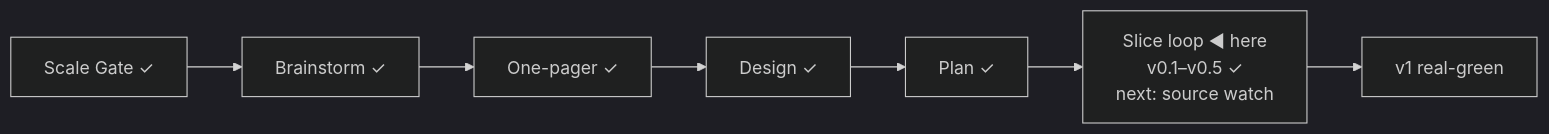
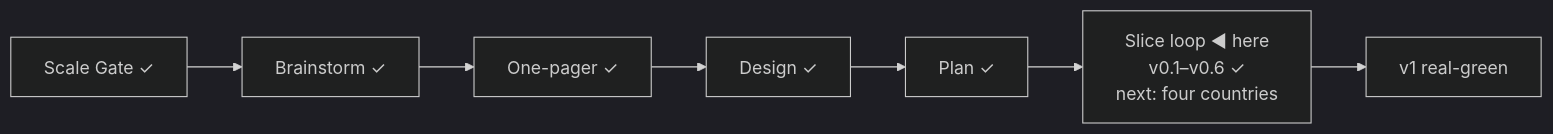
One commit to OytunOnal/permit-rulebook changed the diagram in STATUS.md. Above: the diagram before and after it, drawn with Mermaid (dark theme). The commit also changed other lines of this file and 3 other files, not shown here.

Commit message:
Ledgers: v0.6 real-green (source watch), code-review findings recorded, architecture updated

````diff
--- a/STATUS.md
+++ b/STATUS.md
@@ -7,6 +7,6 @@
 ```mermaid
 flowchart LR
     A[Scale Gate ✓] --> B[Brainstorm ✓] --> C[One-pager ✓] --> D[Design ✓] --> E[Plan ✓]
-    E --> F["Slice loop ◀ here<br/>v0.1–v0.5 ✓<br/>next: source watch"]
+    E --> F["Slice loop ◀ here<br/>v0.1–v0.6 ✓<br/>next: four countries"]
     F --> G[v1 real-green]
 ```
````
